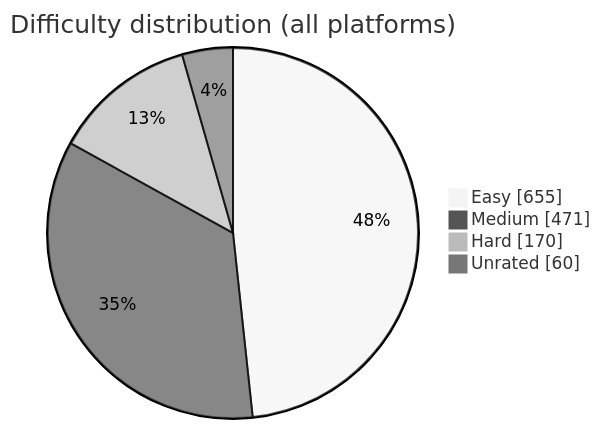
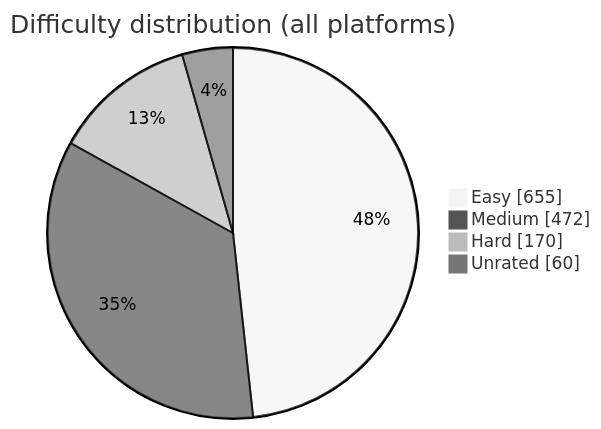
One commit to BuildbyArindam/Daily-Coding-Log changed the diagram in README.md. Above: the diagram before and after it, drawn with Mermaid (neutral theme). The commit also changed other lines of this file, not shown here.

````diff
--- a/README.md
+++ b/README.md
@@ -93,7 +93,7 @@
 ```mermaid
 pie showData title Difficulty distribution (all platforms)
     "Easy" : 655
-    "Medium" : 471
+    "Medium" : 472
     "Hard" : 170
     "Unrated" : 60
 ```
````
